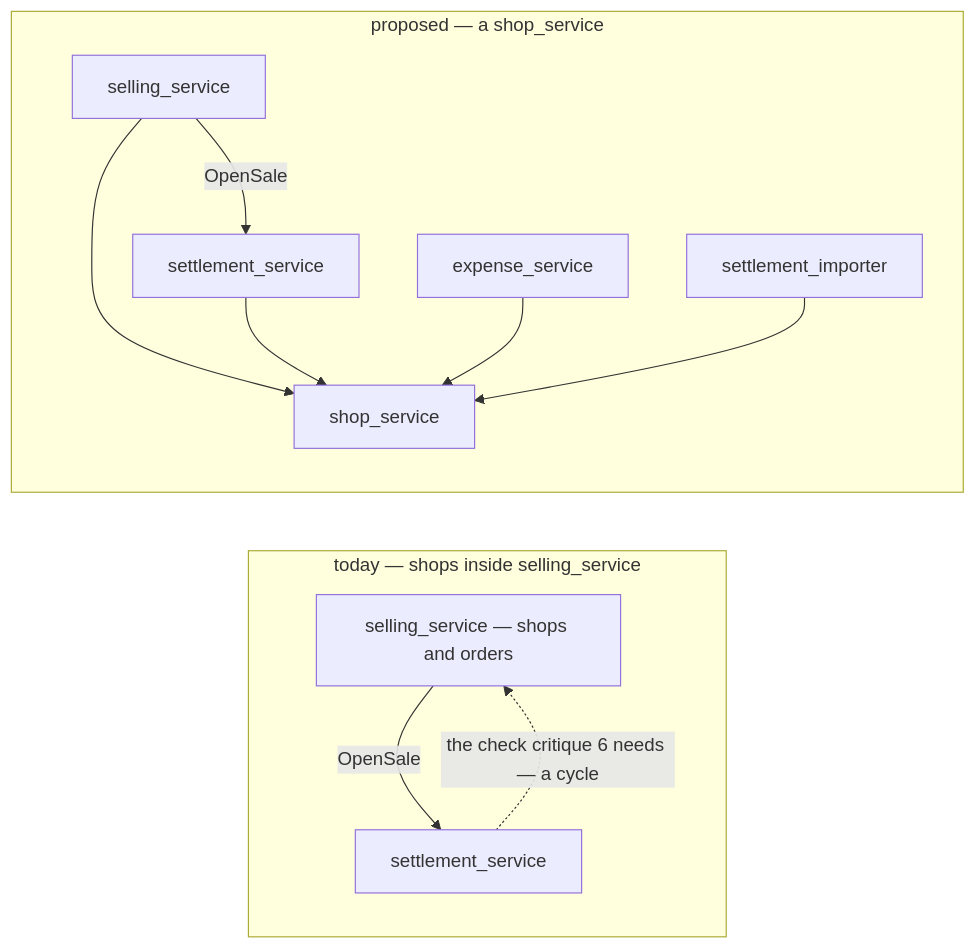
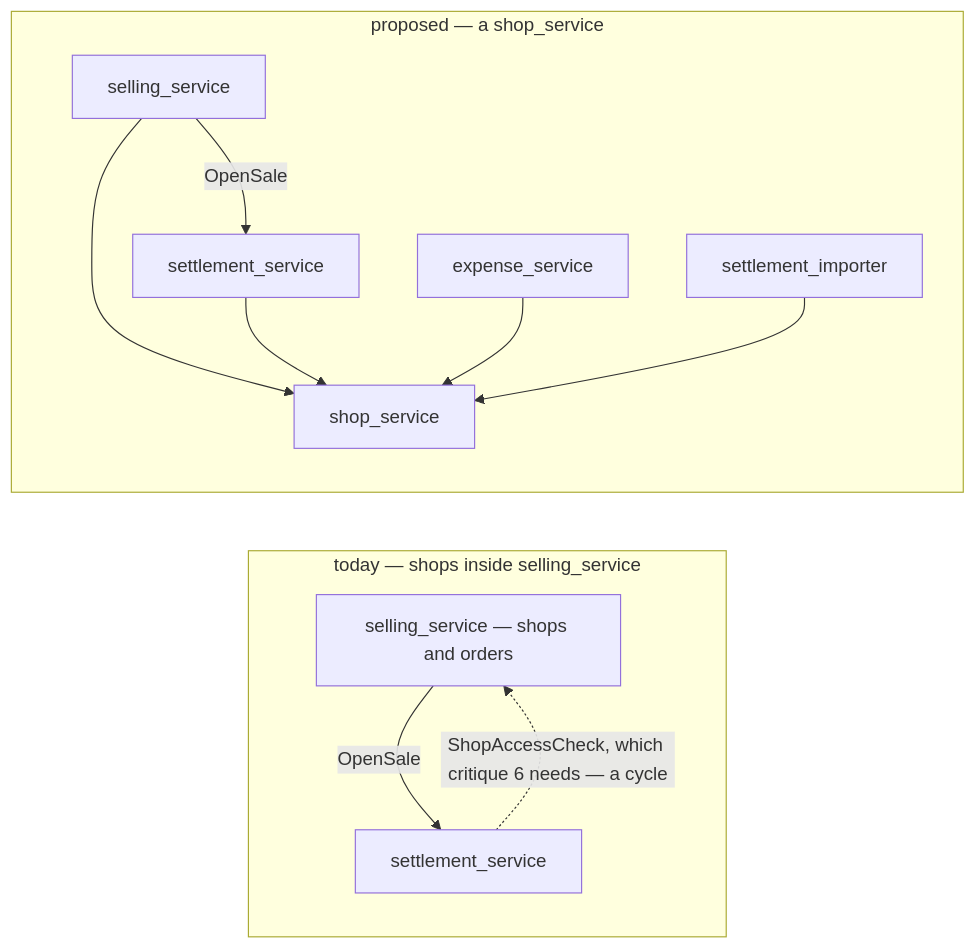
One commit to pdcgo/warehouse_revamp changed the fourth of 5 diagrams in docs/business/shop/context_clarify.md. Above: the diagram before and after it, drawn with Mermaid. The commit also changed other lines of this file and 3 other files, not shown here.

First line of the commit message:
shop: record a-shop-has-one-primary-cs and one-call-answers-the-shop-and-the-access

````diff
--- a/docs/business/shop/context_clarify.md
+++ b/docs/business/shop/context_clarify.md
@@ -130,15 +141,15 @@
 ```mermaid
 flowchart LR
   subgraph "today — shops inside selling_service"
     S1["selling_service — shops and orders"] -->|"OpenSale"| T1["settlement_service"]
-    T1 -.->|"the check critique 6 needs — a cycle"| S1
+    T1 -.->|"ShopAccessCheck, which critique 6 needs — a cycle"| S1
   end
   subgraph "proposed — a shop_service"
     SH["shop_service"]
     S2["selling_service"] --> SH
     T2["settlement_service"] --> SH
     E2["expense_service"] --> SH
     I2["settlement_importer"] --> SH
     S2 -->|"OpenSale"| T2
   end
 ```
````
